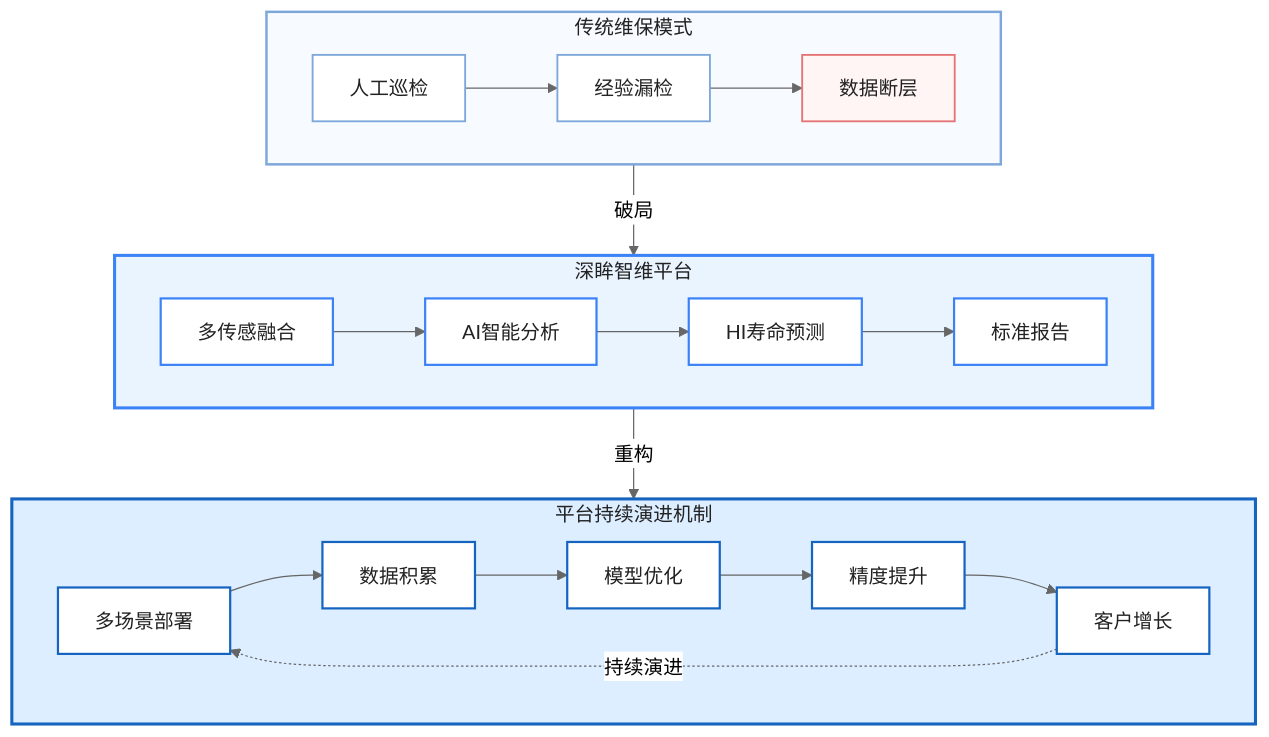
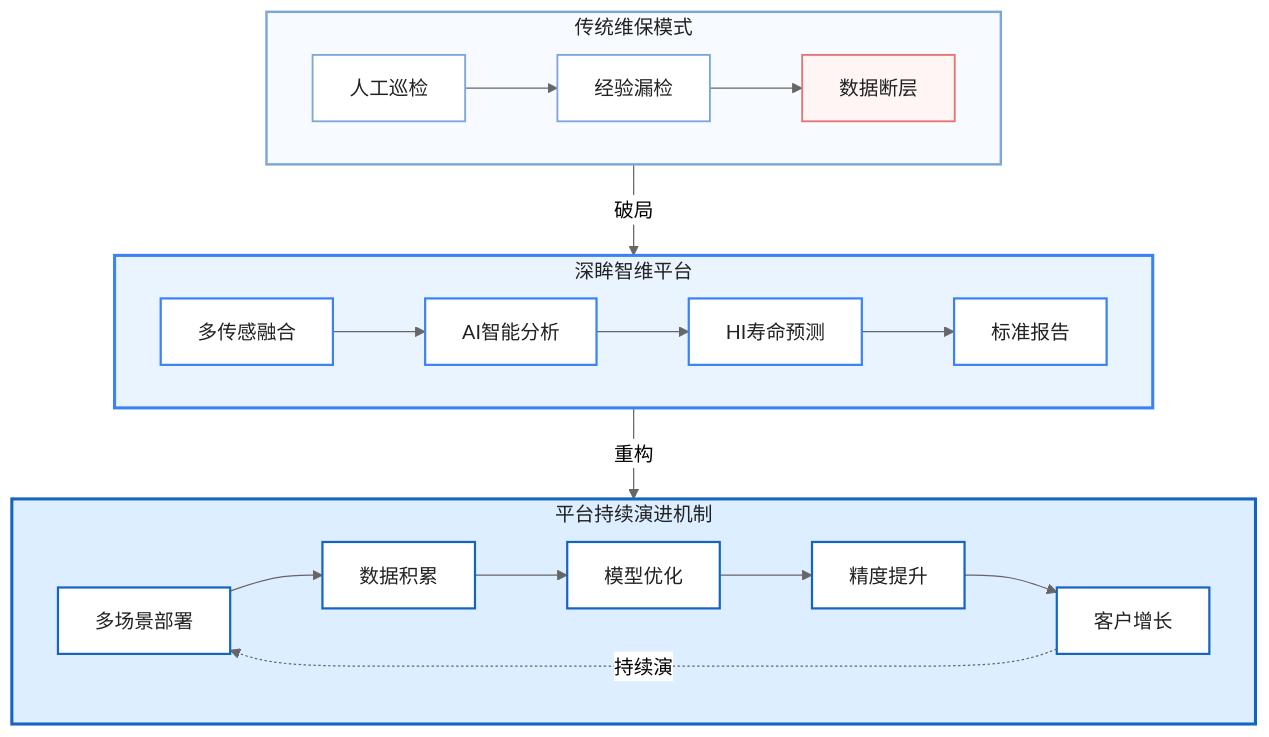
The diagram in all/未命名.md (LGS91/iodraw-files), drawn with Mermaid (neutral theme) before and after one commit.

Commit message:
2026-07-06 11:20:12 update

````diff
--- a/all/未命名.md
+++ b/all/未命名.md
@@ -1,65 +1,65 @@
 ```mermaid
 flowchart TB
 
 subgraph A["传统维保模式"]
 direction LR
 A1["人工巡检"] --> A2["经验漏检"]
 A2 --> A3["数据断层"]
 end
 
 A -->|破局| B
 
 subgraph B["深眸智维平台"]
 direction LR
 B1["多传感融合"] --> B2["AI智能分析"]
 B2 --> B3["HI寿命预测"]
 B3 --> B4["标准报告"]
 end
 
 B -->|重构| C
 
 subgraph C["平台持续演进机制"]
 direction LR
 C1["多场景部署"] --> C2["数据积累"]
 C2 --> C3["模型优化"]
 C3 --> C4["精度提升"]
 C4 --> C5["客户增长"]
-C5 -.->|"持续演进"| C1
+C5 -.->|"持续演"| C1
 end
 
 
 %% =======================
 %% 一级模块（标题框）
 %% =======================
 
 style A fill:#F7FBFF,stroke:#7DA7D9,stroke-width:2px,color:#222222
 style B fill:#EAF4FF,stroke:#3B82F6,stroke-width:2.5px,color:#222222
 style C fill:#DCEEFF,stroke:#1565C0,stroke-width:2.5px,color:#222222
 
 %% =======================
 %% 传统维保
 %% =======================
 
 style A1 fill:#FFFFFF,stroke:#7DA7D9,stroke-width:1.5px,color:#222222
 style A2 fill:#FFFFFF,stroke:#7DA7D9,stroke-width:1.5px,color:#222222
 style A3 fill:#FFF5F5,stroke:#E57373,stroke-width:1.5px,color:#222222
 
 %% =======================
 %% 深眸智维
 %% =======================
 
 style B1 fill:#FFFFFF,stroke:#3B82F6,stroke-width:1.8px,color:#222222
 style B2 fill:#FFFFFF,stroke:#3B82F6,stroke-width:1.8px,color:#222222
 style B3 fill:#FFFFFF,stroke:#3B82F6,stroke-width:1.8px,color:#222222
 style B4 fill:#FFFFFF,stroke:#3B82F6,stroke-width:1.8px,color:#222222
 
 %% =======================
 %% 平台演进
 %% =======================
 
 style C1 fill:#FFFFFF,stroke:#1565C0,stroke-width:1.8px,color:#222222
 style C2 fill:#FFFFFF,stroke:#1565C0,stroke-width:1.8px,color:#222222
 style C3 fill:#FFFFFF,stroke:#1565C0,stroke-width:1.8px,color:#222222
 style C4 fill:#FFFFFF,stroke:#1565C0,stroke-width:1.8px,color:#222222
 style C5 fill:#FFFFFF,stroke:#1565C0,stroke-width:1.8px,color:#222222
 ```
````
